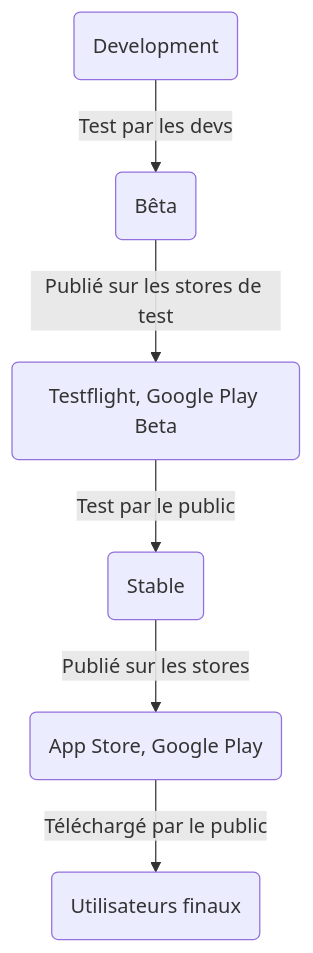
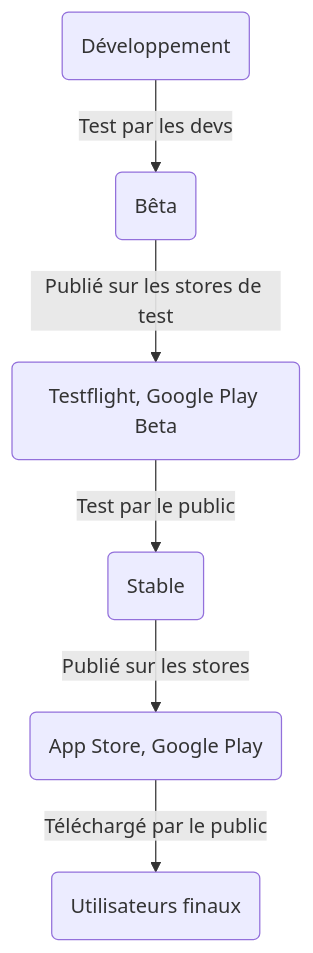
Before and after one commit to PapillonApp/docs: the diagram in docs/contribute/final-step.md, drawn with Mermaid. The commit also changed other lines of this file, not shown here.

````diff
--- a/docs/contribute/final-step.md
+++ b/docs/contribute/final-step.md
@@ -19,8 +19,8 @@
-``` mermaid
+```mermaid
 graph TD
-    A(Development) -->|Test par les devs| B(Bêta)
+    A(Développement) -->|Test par les devs| B(Bêta)
     B -->|Publié sur les stores de test| ST(Testflight, Google Play Beta)
     ST -->|Test par le public| C(Stable)
     C -->|Publié sur les stores| S(App Store, Google Play)
     S -->|Téléchargé par le public| U(Utilisateurs finaux)
 ```
````
